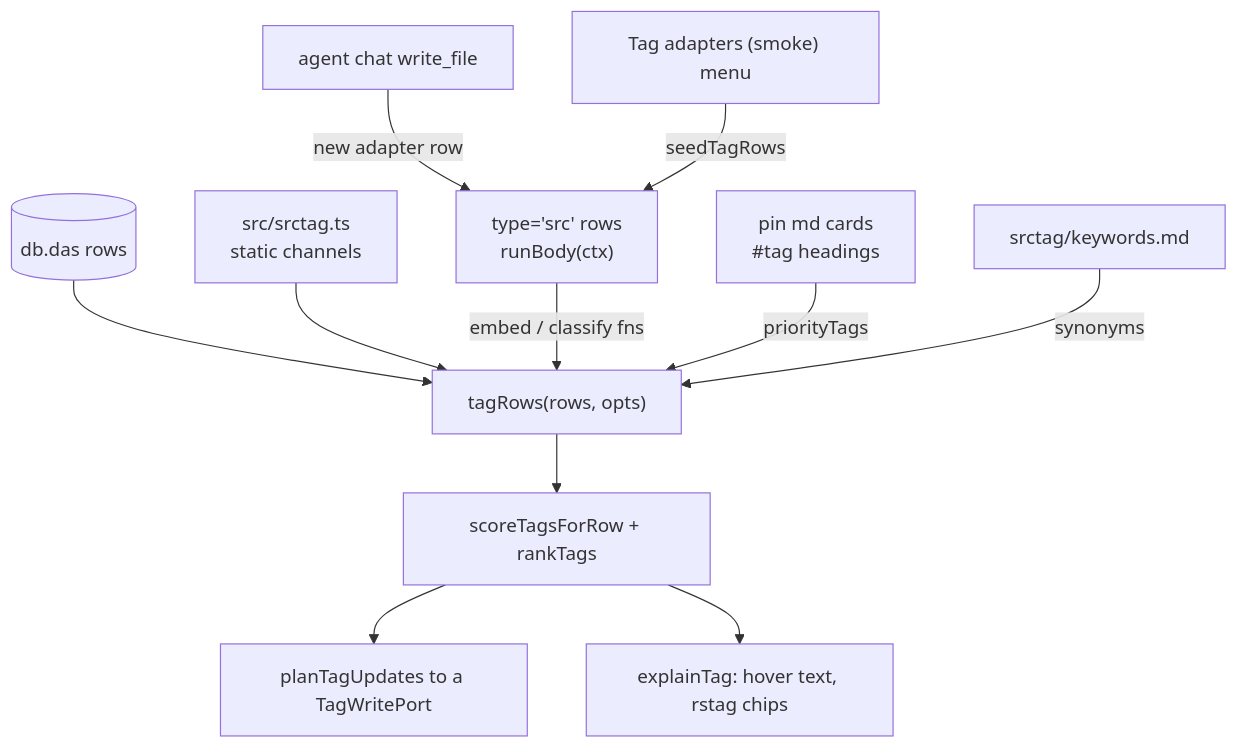
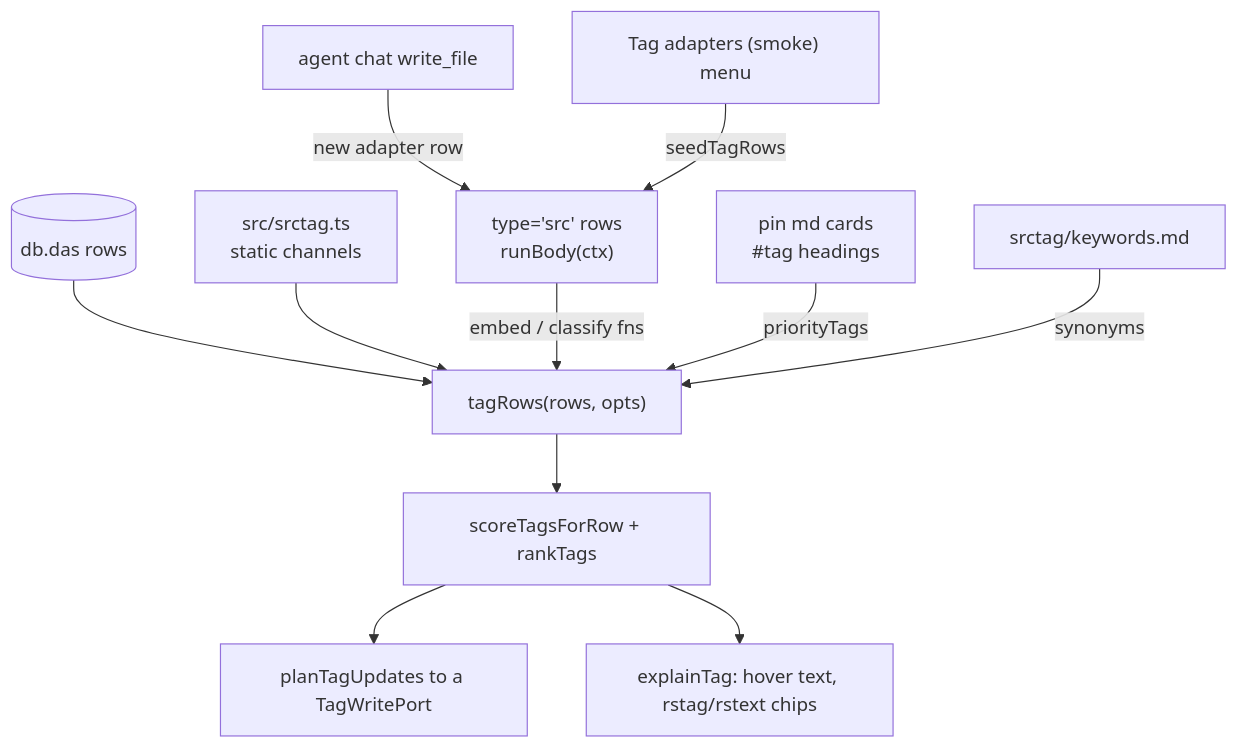
Before and after one commit to wasoko/xbb: the diagram in docs/sTag.md, drawn with Mermaid. The commit also changed other lines of this file and 9 other files, not shown here.

First line of the commit message:
tag: add TextRank + TurboText channels and an rstext grouper

````diff
--- a/docs/sTag.md
+++ b/docs/sTag.md
@@ -20,13 +20,13 @@
 ```mermaid
 flowchart TB
   R[("db.das rows")] --> T["tagRows(rows, opts)"]
   S["src/srctag.ts<br/>static channels"] --> T
   D["type='src' rows<br/>runBody(ctx)"] -->|"embed / classify fns"| T
   P["pin md cards<br/>#tag headings"] -->|"priorityTags"| T
   K["srctag/keywords.md"] -->|"synonyms"| T
   T --> F["scoreTagsForRow + rankTags"]
   F --> W["planTagUpdates to a TagWritePort"]
-  F --> E["explainTag: hover text, rstag chips"]
+  F --> E["explainTag: hover text, rstag/rstext chips"]
   C["agent chat write_file"] -->|"new adapter row"| D
   U["Tag adapters (smoke) menu"] -->|"seedTagRows"| D
 ```
````
